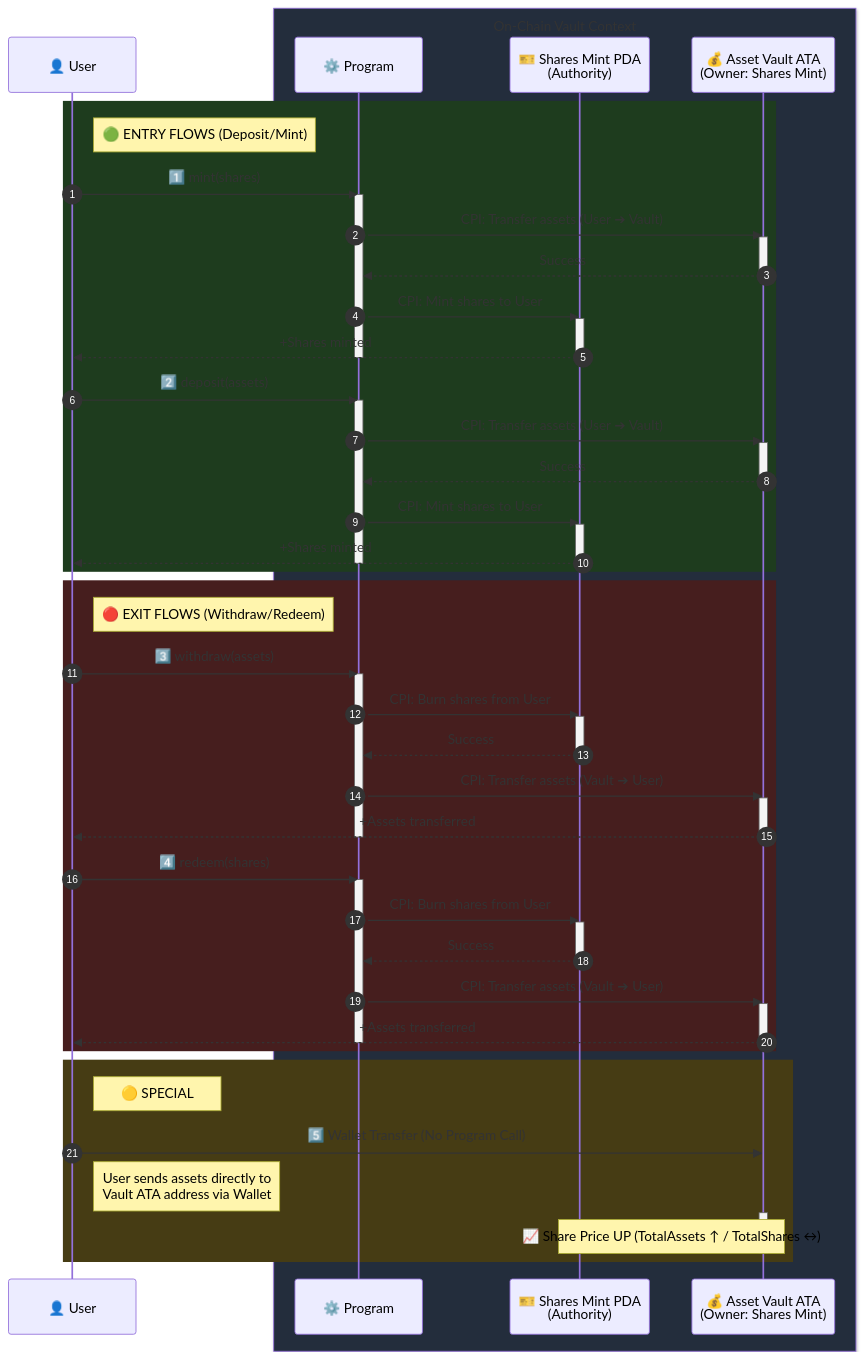
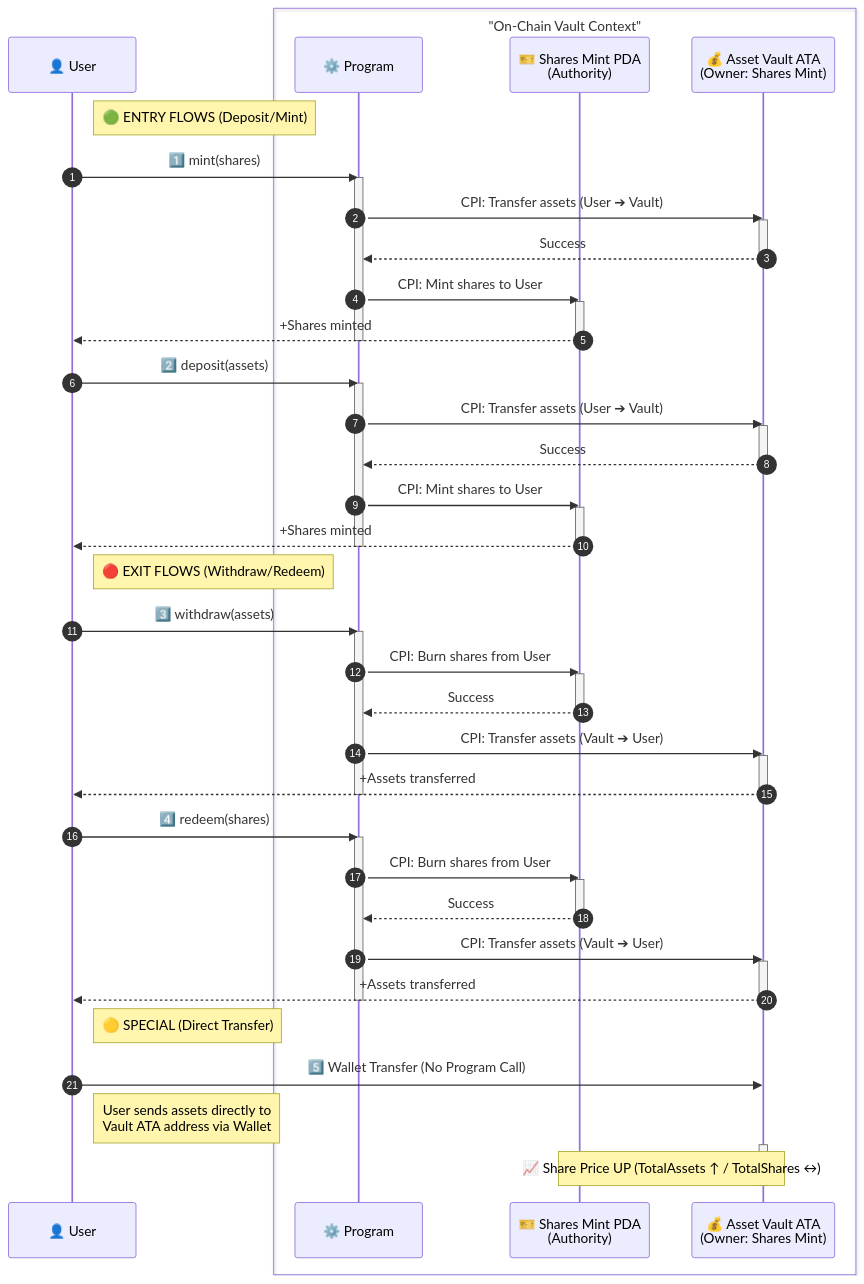
Before and after one commit to huybuidac/solana-tokenized-vault-4626: the diagram in README.md, drawn with Mermaid.

Commit message:
chore: update seq

````diff
--- a/README.md
+++ b/README.md
@@ -190,83 +190,77 @@
     autonumber
     participant U as 👤 User
     
-    box rgb(35, 45, 60) On-Chain Vault Context
+    box "On-Chain Vault Context"
         participant P as ⚙️ Program
         participant S as 🎫 Shares Mint PDA<br/>(Authority)
         participant V as 💰 Asset Vault ATA<br/>(Owner: Shares Mint)
     end
 
     %% === ENTRY FLOWS ===
-    rect rgb(30, 60, 30)
-        Note right of U: 🟢 ENTRY FLOWS (Deposit/Mint)
-        
-        %% 1. MINT
-        U->>P: 1️⃣ mint(shares)
-        activate P
-        P->>V: CPI: Transfer assets (User ➔ Vault)
-        activate V
-        V-->>P: Success
-        deactivate V
-        P->>S: CPI: Mint shares to User
-        activate S
-        S-->>U: +Shares minted
-        deactivate S
-        deactivate P
+    Note right of U: 🟢 ENTRY FLOWS (Deposit/Mint)
+    
+    %% 1. MINT
+    U->>P: 1️⃣ mint(shares)
+    activate P
+    P->>V: CPI: Transfer assets (User ➔ Vault)
+    activate V
+    V-->>P: Success
+    deactivate V
+    P->>S: CPI: Mint shares to User
+    activate S
+    S-->>U: +Shares minted
+    deactivate S
+    deactivate P
 
-        %% 2. DEPOSIT
-        U->>P: 2️⃣ deposit(assets)
-        activate P
-        P->>V: CPI: Transfer assets (User ➔ Vault)
-        activate V
-        V-->>P: Success
-        deactivate V
-        P->>S: CPI: Mint shares to User
-        activate S
-        S-->>U: +Shares minted
-        deactivate S
-        deactivate P
-    end
+    %% 2. DEPOSIT
+    U->>P: 2️⃣ deposit(assets)
+    activate P
+    P->>V: CPI: Transfer assets (User ➔ Vault)
+    activate V
+    V-->>P: Success
+    deactivate V
+    P->>S: CPI: Mint shares to User
+    activate S
+    S-->>U: +Shares minted
+    deactivate S
+    deactivate P
 
     %% === EXIT FLOWS ===
-    rect rgb(70, 30, 30)
-        Note right of U: 🔴 EXIT FLOWS (Withdraw/Redeem)
+    Note right of U: 🔴 EXIT FLOWS (Withdraw/Redeem)
 
-        %% 3. WITHDRAW
-        U->>P: 3️⃣ withdraw(assets)
-        activate P
-        P->>S: CPI: Burn shares from User
-        activate S
-        S-->>P: Success
-        deactivate S
-        P->>V: CPI: Transfer assets (Vault ➔ User)
-        activate V
-        V-->>U: +Assets transferred
-        deactivate V
-        deactivate P
+    %% 3. WITHDRAW
+    U->>P: 3️⃣ withdraw(assets)
+    activate P
+    P->>S: CPI: Burn shares from User
+    activate S
+    S-->>P: Success
+    deactivate S
+    P->>V: CPI: Transfer assets (Vault ➔ User)
+    activate V
+    V-->>U: +Assets transferred
+    deactivate V
+    deactivate P
 
-        %% 4. REDEEM
-        U->>P: 4️⃣ redeem(shares)
-        activate P
-        P->>S: CPI: Burn shares from User
-        activate S
-        S-->>P: Success
-        deactivate S
-        P->>V: CPI: Transfer assets (Vault ➔ User)
-        activate V
-        V-->>U: +Assets transferred
-        deactivate V
-        deactivate P
-    end
+    %% 4. REDEEM
+    U->>P: 4️⃣ redeem(shares)
+    activate P
+    P->>S: CPI: Burn shares from User
+    activate S
+    S-->>P: Success
+    deactivate S
+    P->>V: CPI: Transfer assets (Vault ➔ User)
+    activate V
+    V-->>U: +Assets transferred
+    deactivate V
+    deactivate P
 
     %% === SPECIAL ===
-    rect rgb(70, 60, 20)
-        Note right of U: 🟡 SPECIAL
-        
-        %% 5. INCREASE PRICE
-        U->>V: 5️⃣ Wallet Transfer (No Program Call)
-        Note right of U: User sends assets directly to<br/>Vault ATA address via Wallet
-        activate V
-        Note over V,S: 📈 Share Price UP (TotalAssets ↑ / TotalShares ↔)
-        deactivate V
-    end
+    Note right of U: 🟡 SPECIAL (Direct Transfer)
+    
+    %% 5. INCREASE PRICE
+    U->>V: 5️⃣ Wallet Transfer (No Program Call)
+    Note right of U: User sends assets directly to<br/>Vault ATA address via Wallet
+    activate V
+    Note over V,S: 📈 Share Price UP (TotalAssets ↑ / TotalShares ↔)
+    deactivate V
 ```
````
